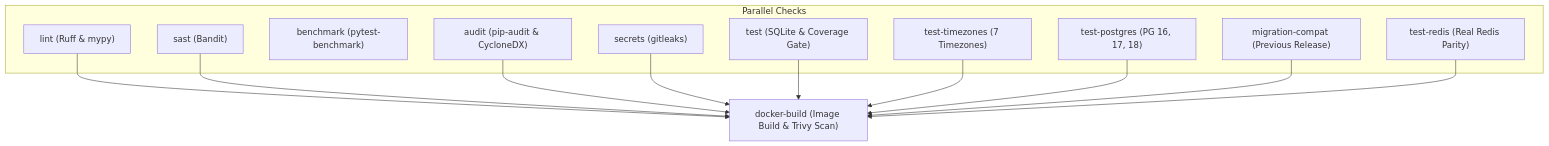
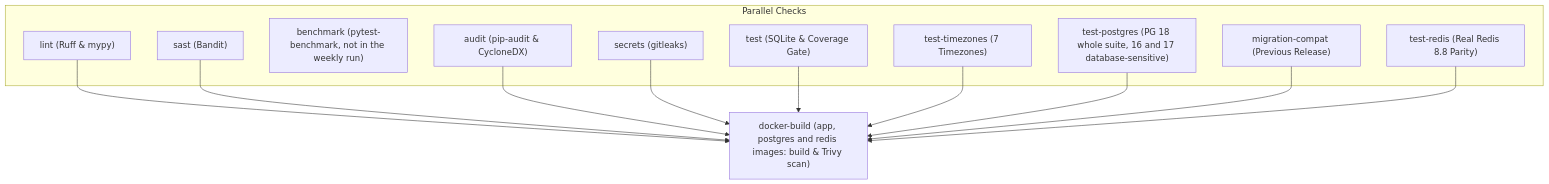
Before and after one commit to nadeko0/fastapi_e-commerce_backend: the second of 2 diagrams in docs/TESTING.md, drawn with Mermaid. The commit also changed other lines of this file and 6 other files, not shown here.

First line of the commit message:
docs: verify diagrams and prose against the 6.0.0 code

````diff
--- a/docs/TESTING.md
+++ b/docs/TESTING.md
@@ -25,24 +25,24 @@
 ```mermaid
 flowchart TD
     subgraph Parallel Checks
         lint["lint (Ruff & mypy)"]
         sast["sast (Bandit)"]
-        benchmark["benchmark (pytest-benchmark)"]
+        benchmark["benchmark (pytest-benchmark, not in the weekly run)"]
         audit["audit (pip-audit & CycloneDX)"]
         secrets["secrets (gitleaks)"]
         test["test (SQLite & Coverage Gate)"]
         test_tz["test-timezones (7 Timezones)"]
-        test_pg["test-postgres (PG 16, 17, 18)"]
+        test_pg["test-postgres (PG 18 whole suite, 16 and 17 database-sensitive)"]
         migration_compat["migration-compat (Previous Release)"]
-        test_redis["test-redis (Real Redis Parity)"]
+        test_redis["test-redis (Real Redis 8.8 Parity)"]
     end
-    lint --> docker_build["docker-build (Image Build & Trivy Scan)"]
+    lint --> docker_build["docker-build (app, postgres and redis images: build & Trivy scan)"]
     sast --> docker_build
     audit --> docker_build
     secrets --> docker_build
     test --> docker_build
     test_tz --> docker_build
     test_pg --> docker_build
     migration_compat --> docker_build
     test_redis --> docker_build
 ```
````
